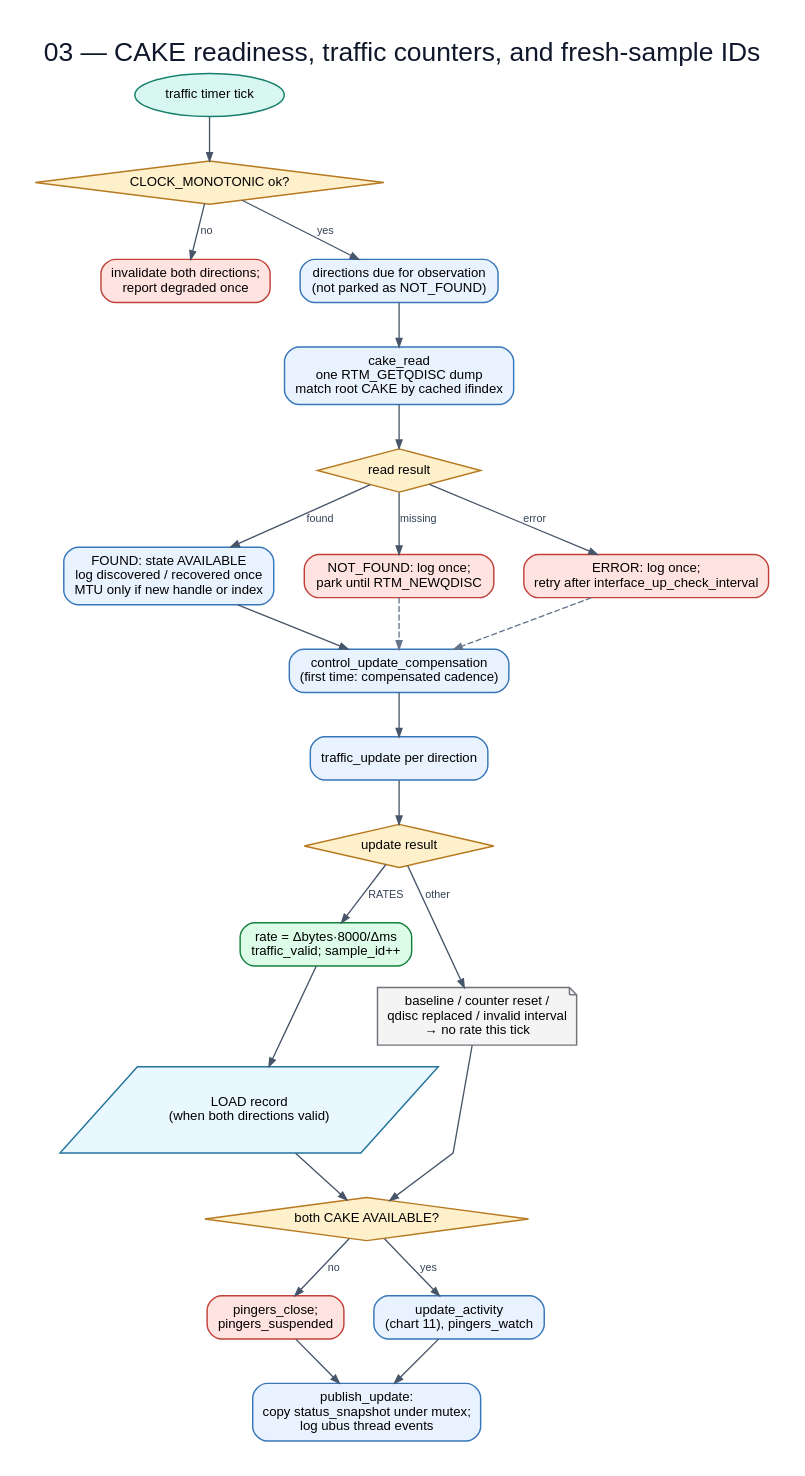
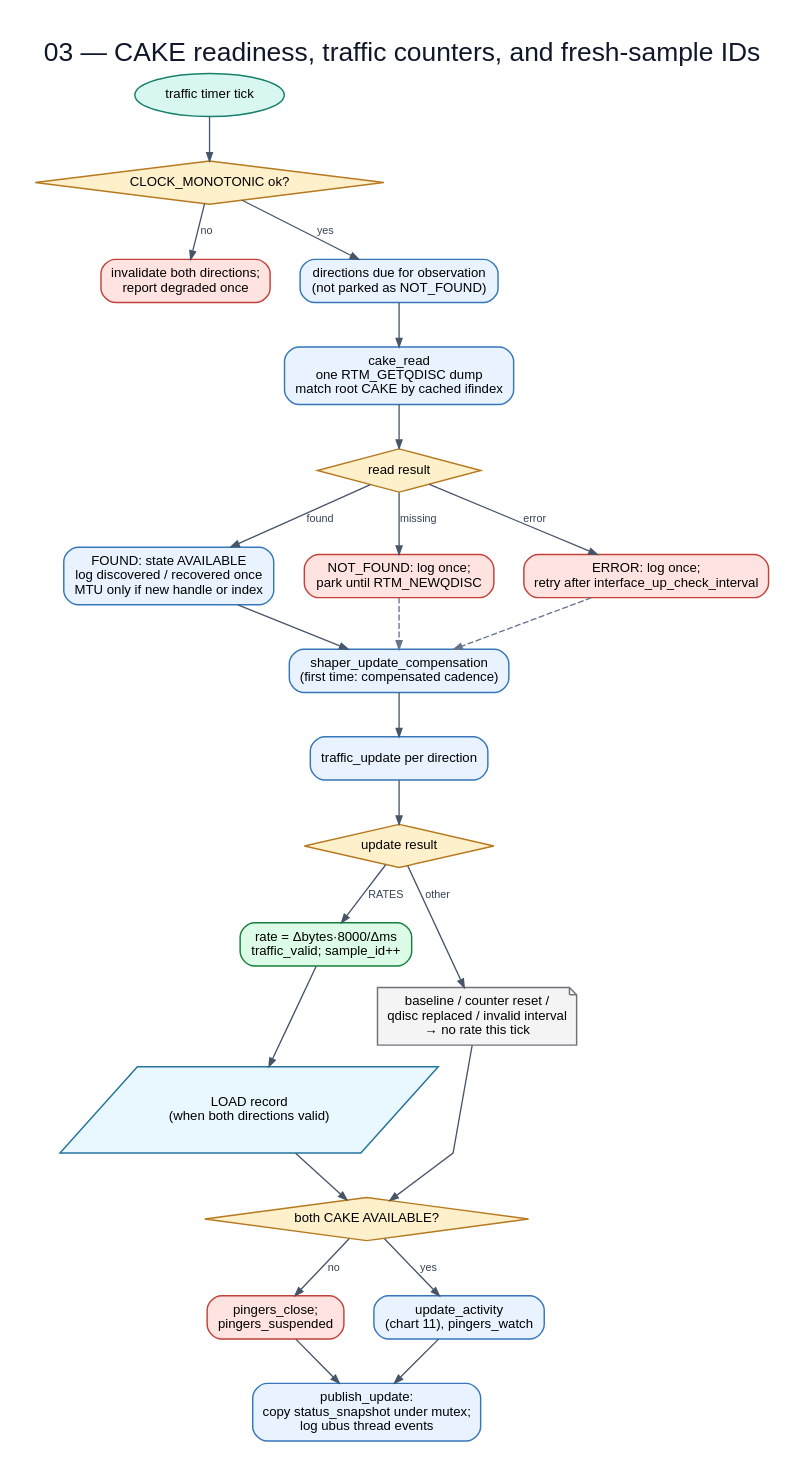
Before and after one commit to huydoan94/cake-adapt: the diagram in flowchart/diagrams/03-cake-and-traffic.dot, drawn with Graphviz. The commit also changed 186 other files, not shown here.

```diff
--- a/flowchart/diagrams/03-cake-and-traffic.dot
+++ b/flowchart/diagrams/03-cake-and-traffic.dot
@@ -1,46 +1,46 @@
 digraph G {
   graph [rankdir=TB,bgcolor="white",pad="0.30",nodesep="0.35",ranksep="0.48",splines=polyline,fontname="Arial",label="03 — CAKE readiness, traffic counters, and fresh-sample IDs",labelloc=t,fontsize=22,fontcolor="#0f172a"];
   node [fontname="Arial",fontsize=11,margin="0.14,0.09",penwidth=1.2];
   edge [fontname="Arial",fontsize=9,color="#475569",fontcolor="#334155",arrowsize=0.7,penwidth=1.1];
   tick [label="traffic timer tick",shape=oval,style="filled",fillcolor="#d9f7f1",color="#17806d"];
   clock [label="CLOCK_MONOTONIC ok?",shape=diamond,style="filled",fillcolor="#fff0cc",color="#b7791f"];
   clockfail [label="invalidate both directions;\nreport degraded once",shape=box,style="rounded,filled",fillcolor="#ffe3e0",color="#c2413b"];
   due [label="directions due for observation\n(not parked as NOT_FOUND)",shape=box,style="rounded,filled",fillcolor="#e9f2ff",color="#3676b9"];
   dump [label="cake_read\none RTM_GETQDISC dump\nmatch root CAKE by cached ifindex",shape=box,style="rounded,filled",fillcolor="#e9f2ff",color="#3676b9"];
   result [label="read result",shape=diamond,style="filled",fillcolor="#fff0cc",color="#b7791f"];
   found [label="FOUND: state AVAILABLE\nlog discovered / recovered once\nMTU only if new handle or index",shape=box,style="rounded,filled",fillcolor="#e9f2ff",color="#3676b9"];
   notfound [label="NOT_FOUND: log once;\npark until RTM_NEWQDISC",shape=box,style="rounded,filled",fillcolor="#ffe3e0",color="#c2413b"];
   error [label="ERROR: log once;\nretry after interface_up_check_interval",shape=box,style="rounded,filled",fillcolor="#ffe3e0",color="#c2413b"];
-  comp [label="control_update_compensation\n(first time: compensated cadence)",shape=box,style="rounded,filled",fillcolor="#e9f2ff",color="#3676b9"];
+  comp [label="shaper_update_compensation\n(first time: compensated cadence)",shape=box,style="rounded,filled",fillcolor="#e9f2ff",color="#3676b9"];
   traffic [label="traffic_update per direction",shape=box,style="rounded,filled",fillcolor="#e9f2ff",color="#3676b9"];
   tresult [label="update result",shape=diamond,style="filled",fillcolor="#fff0cc",color="#b7791f"];
   rate [label="rate = Δbytes·8000/Δms\ntraffic_valid; sample_id++",shape=box,style="rounded,filled,bold",fillcolor="#dcfce7",color="#15803d"];
   rebase [label="baseline / counter reset /\nqdisc replaced / invalid interval\n→ no rate this tick",shape=note,style="filled",fillcolor="#f4f4f5",color="#71717a"];
   load [label="LOAD record\n(when both directions valid)",shape=parallelogram,style="filled",fillcolor="#e9f7ff",color="#24749c"];
   ready [label="both CAKE AVAILABLE?",shape=diamond,style="filled",fillcolor="#fff0cc",color="#b7791f"];
   suspend [label="pingers_close;\npingers_suspended",shape=box,style="rounded,filled",fillcolor="#ffe3e0",color="#c2413b"];
   activity [label="update_activity\n(chart 11), pingers_watch",shape=box,style="rounded,filled",fillcolor="#e9f2ff",color="#3676b9"];
   publish [label="publish_update:\ncopy status_snapshot under mutex;\nlog ubus thread events",shape=box,style="rounded,filled",fillcolor="#e9f2ff",color="#3676b9"];
   tick -> clock;
   clock -> clockfail [label="no"];
   clock -> due [label="yes"];
   due -> dump;
   dump -> result;
   result -> found [label="found"];
   result -> notfound [label="missing"];
   result -> error [label="error"];
   found -> comp;
   notfound -> comp [style=dashed,color="#64748b"];
   error -> comp [style=dashed,color="#64748b"];
   comp -> traffic;
   traffic -> tresult;
   tresult -> rate [label="RATES"];
   tresult -> rebase [label="other"];
   rate -> load;
   load -> ready;
   rebase -> ready;
   ready -> suspend [label="no"];
   ready -> activity [label="yes"];
   suspend -> publish;
   activity -> publish;
 }
```
